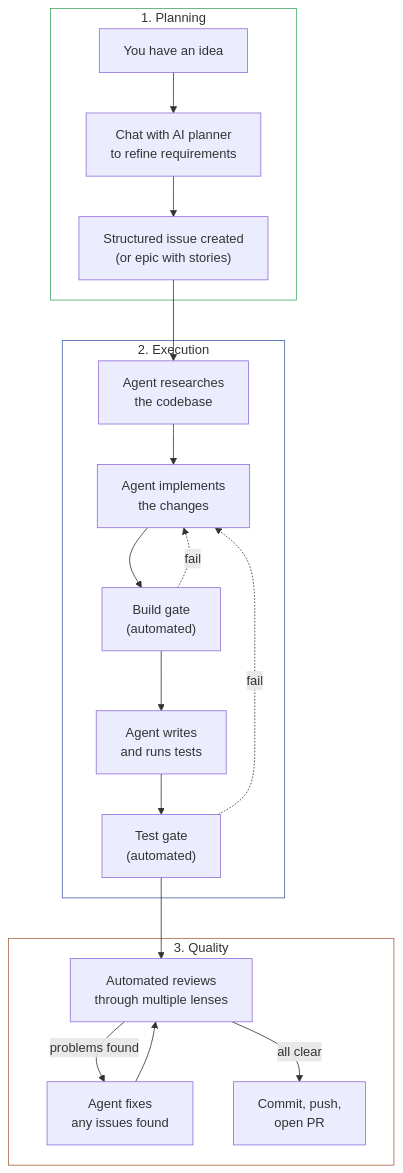
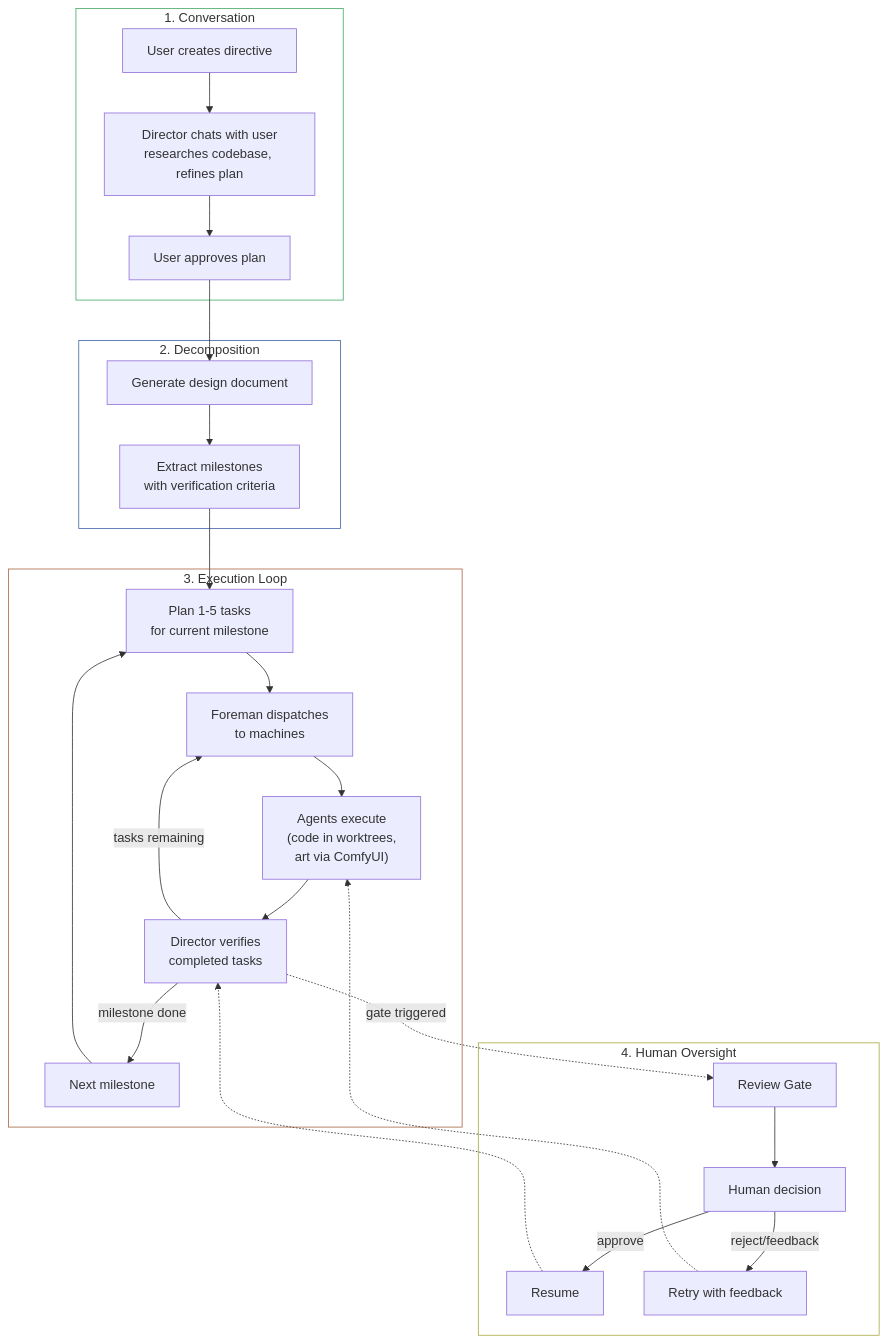
The third of 10 diagrams in docs/architecture/00-how-it-works.md (reffdev/auto-swe), drawn with Mermaid before and after one commit. The commit also changed other lines of this file and 18 other files, not shown here.

````diff
--- a/docs/architecture/00-how-it-works.md
+++ b/docs/architecture/00-how-it-works.md
@@ -26,35 +73,45 @@
 ```mermaid
 graph TD
-    subgraph Phase1["1. Planning"]
-        Idea["You have an idea"]
-        Chat["Chat with AI planner\nto refine requirements"]
-        Issue["Structured issue created\n(or epic with stories)"]
-        Idea --> Chat --> Issue
+    subgraph Phase1["1. Conversation"]
+        Idea["User creates directive"]
+        Chat["Director chats with user\nresearches codebase, refines plan"]
+        Approve["User approves plan"]
+        Idea --> Chat --> Approve
     end
 
-    subgraph Phase2["2. Execution"]
-        Research["Agent researches\nthe codebase"]
-        Build["Agent implements\nthe changes"]
-        BuildCheck["Build gate\n(automated)"]
-        Test["Agent writes\nand runs tests"]
-        TestCheck["Test gate\n(automated)"]
-        Research --> Build --> BuildCheck --> Test --> TestCheck
-        BuildCheck -.->|"fail"| Build
-        TestCheck -.->|"fail"| Build
+    subgraph Phase2["2. Decomposition"]
+        Design["Generate design document"]
+        Miles["Extract milestones\nwith verification criteria"]
+        Design --> Miles
     end
 
-    subgraph Phase3["3. Quality"]
-        Review["Automated reviews\nthrough multiple lenses"]
-        Fix["Agent fixes\nany issues found"]
-        Review -->|"problems found"| Fix --> Review
-        Review -->|"all clear"| Ship
-        Ship["Commit, push,\nopen PR"]
+    subgraph Phase3["3. Execution Loop"]
+        Plan["Plan 1-5 tasks\nfor current milestone"]
+        Dispatch["Foreman dispatches\nto machines"]
+        Execute["Agents execute\n(code in worktrees,\nart via ComfyUI)"]
+        Verify["Director verifies\ncompleted tasks"]
+        Plan --> Dispatch --> Execute --> Verify
+        Verify -->|"tasks remaining"| Dispatch
+        Verify -->|"milestone done"| NextMile["Next milestone"]
+        NextMile --> Plan
     end
 
-    Issue --> Research
-    TestCheck --> Review
+    subgraph Phase4["4. Human Oversight"]
+        Gate["Review Gate"]
+        Human["Human decision"]
+        Gate --> Human
+        Human -->|"approve"| Resume["Resume"]
+        Human -->|"reject/feedback"| Retry["Retry with feedback"]
+    end
+
+    Approve --> Design
+    Miles --> Plan
+    Verify -.->|"gate triggered"| Gate
+    Resume -.-> Verify
+    Retry -.-> Execute
 
     style Phase1 fill:none,stroke:#4a6
     style Phase2 fill:none,stroke:#46a
     style Phase3 fill:none,stroke:#a64
+    style Phase4 fill:none,stroke:#aa4
 ```
````
